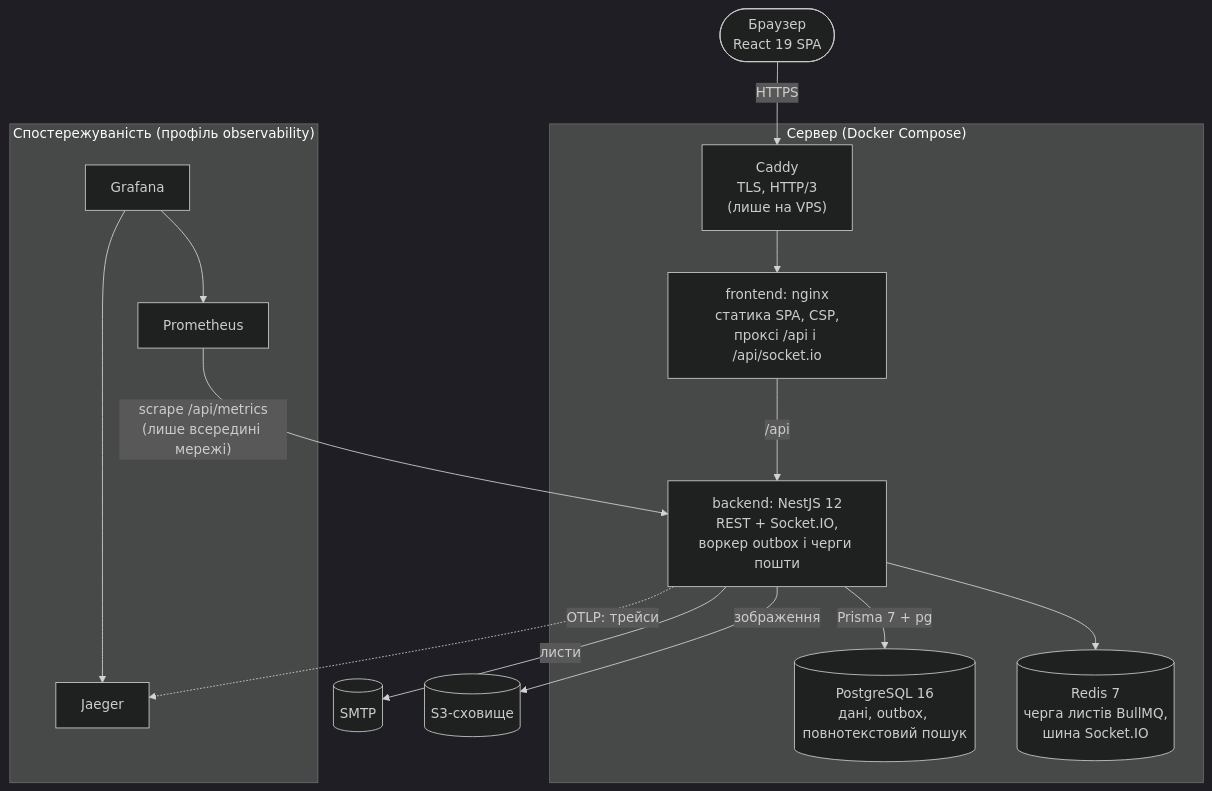
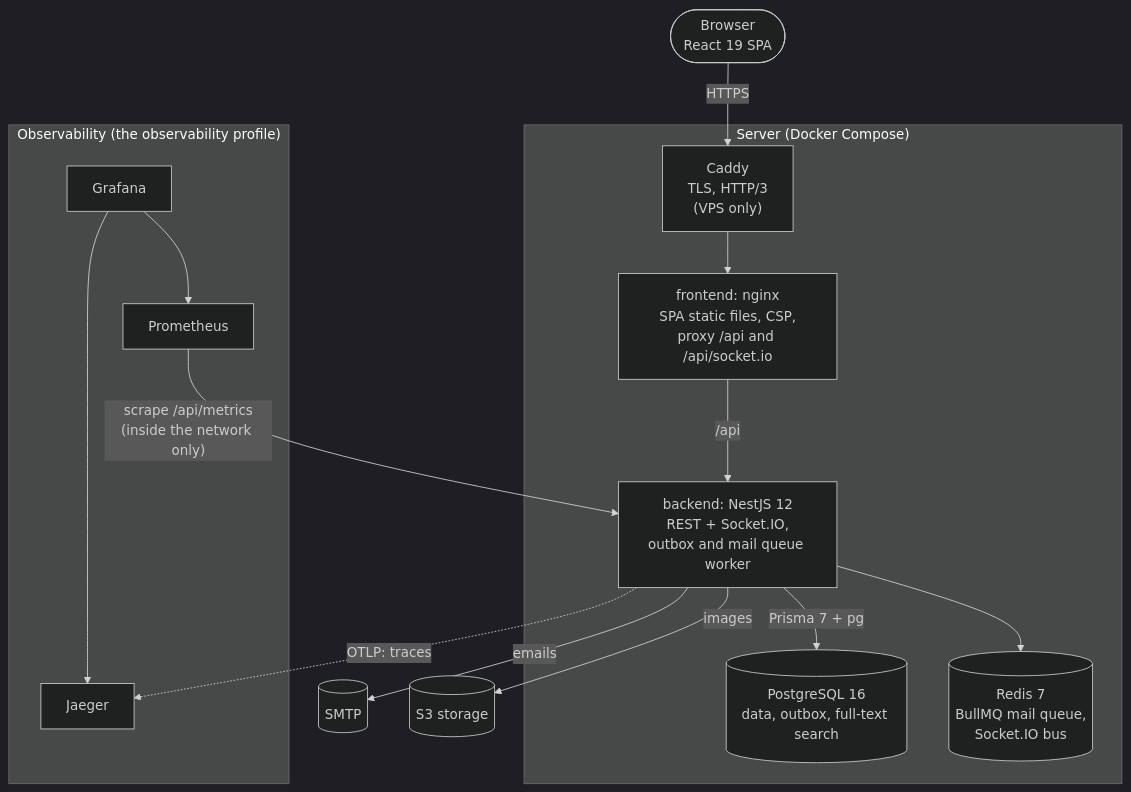
Before and after one commit to BurlakaM/flowsync: the second of 5 diagrams in docs/ARCHITECTURE.md, drawn with Mermaid (dark theme). The commit also changed other lines of this file and 62 other files, not shown here.

````diff
--- a/docs/ARCHITECTURE.md
+++ b/docs/ARCHITECTURE.md
@@ -33,32 +33,32 @@
 ```mermaid
 flowchart TB
-    browser(["Браузер<br/>React 19 SPA"])
+    browser(["Browser<br/>React 19 SPA"])
 
-    subgraph host["Сервер (Docker Compose)"]
-        caddy["Caddy<br/>TLS, HTTP/3<br/>(лише на VPS)"]
-        nginx["frontend: nginx<br/>статика SPA, CSP,<br/>проксі /api і /api/socket.io"]
-        api["backend: NestJS 12<br/>REST + Socket.IO,<br/>воркер outbox і черги пошти"]
-        db[("PostgreSQL 16<br/>дані, outbox, повнотекстовий пошук")]
-        redis[("Redis 7<br/>черга листів BullMQ,<br/>шина Socket.IO")]
+    subgraph host["Server (Docker Compose)"]
+        caddy["Caddy<br/>TLS, HTTP/3<br/>(VPS only)"]
+        nginx["frontend: nginx<br/>SPA static files, CSP,<br/>proxy /api and /api/socket.io"]
+        api["backend: NestJS 12<br/>REST + Socket.IO,<br/>outbox and mail queue worker"]
+        db[("PostgreSQL 16<br/>data, outbox, full-text search")]
+        redis[("Redis 7<br/>BullMQ mail queue,<br/>Socket.IO bus")]
     end
 
     mail[("SMTP")]
-    s3[("S3-сховище")]
+    s3[("S3 storage")]
 
-    subgraph obs["Спостережуваність (профіль observability)"]
+    subgraph obs["Observability (the observability profile)"]
         prom["Prometheus"]
         graf["Grafana"]
         jaeger["Jaeger"]
     end
 
     browser -->|"HTTPS"| caddy --> nginx
     nginx -->|"/api"| api
     api -->|"Prisma 7 + pg"| db
     api --> redis
-    api -->|"листи"| mail
-    api -->|"зображення"| s3
-    prom -->|"scrape /api/metrics<br/>(лише всередині мережі)"| api
-    api -.->|"OTLP: трейси"| jaeger
+    api -->|"emails"| mail
+    api -->|"images"| s3
+    prom -->|"scrape /api/metrics<br/>(inside the network only)"| api
+    api -.->|"OTLP: traces"| jaeger
     graf --> prom
     graf --> jaeger
 ```
````
